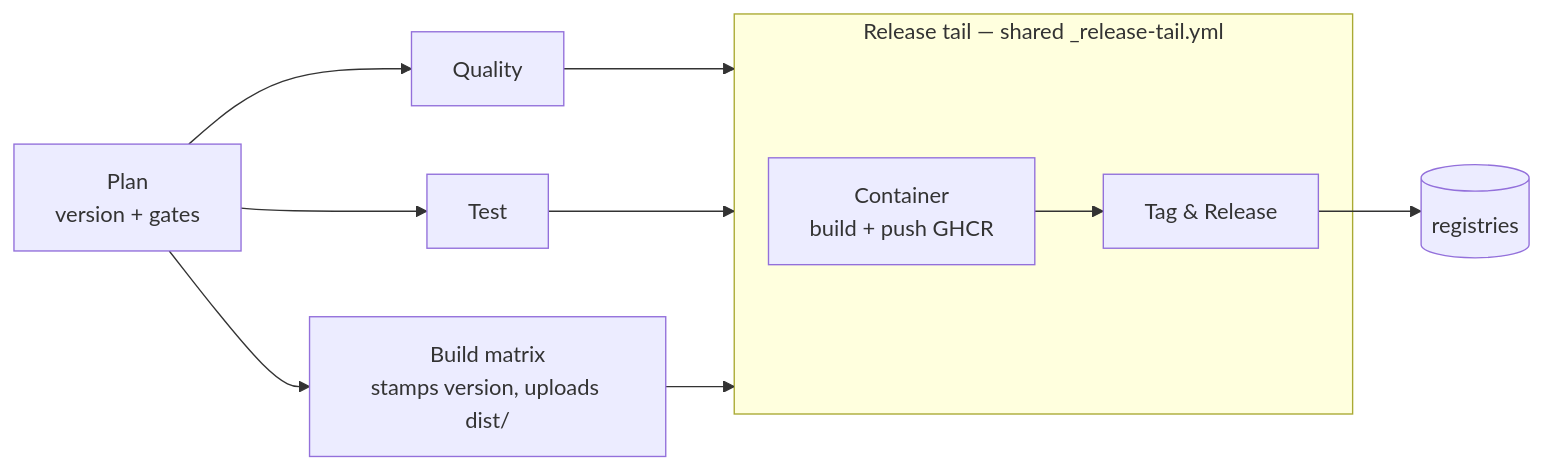
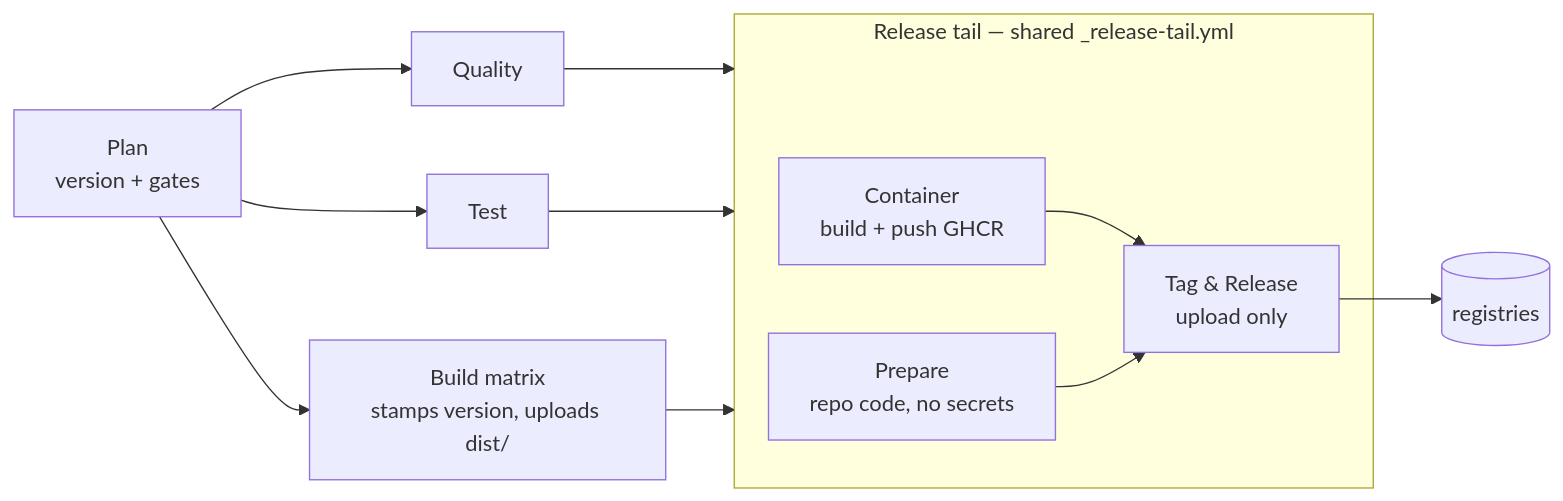
One commit to hyperi-io/hyperi-ci changed the second of 7 diagrams in docs/flow.md. Above: the diagram before and after it, drawn with Mermaid. The commit also changed other lines of this file and 6 other files, not shown here.

````diff
--- a/docs/flow.md
+++ b/docs/flow.md
@@ -38,13 +38,14 @@
 ```mermaid
 flowchart LR
     plan[Plan<br/>version + gates] --> quality[Quality]
     plan --> test[Test]
     plan --> build[Build matrix<br/>stamps version, uploads dist/]
     quality --> rt
     test --> rt
     build --> rt
     subgraph rt[Release tail — shared _release-tail.yml]
-      container[Container<br/>build + push GHCR] --> tagpub[Tag & Release]
+      container[Container<br/>build + push GHCR] --> tagpub[Tag & Release<br/>upload only]
+      prepare[Prepare<br/>repo code, no secrets] --> tagpub
     end
     tagpub --> reg[(registries)]
 ```
````
